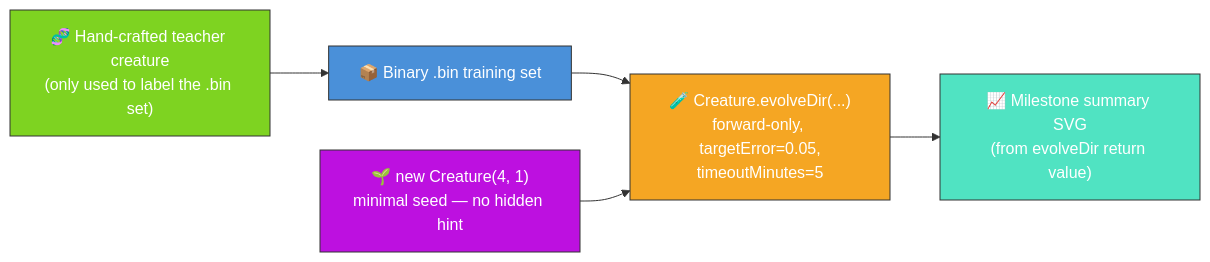
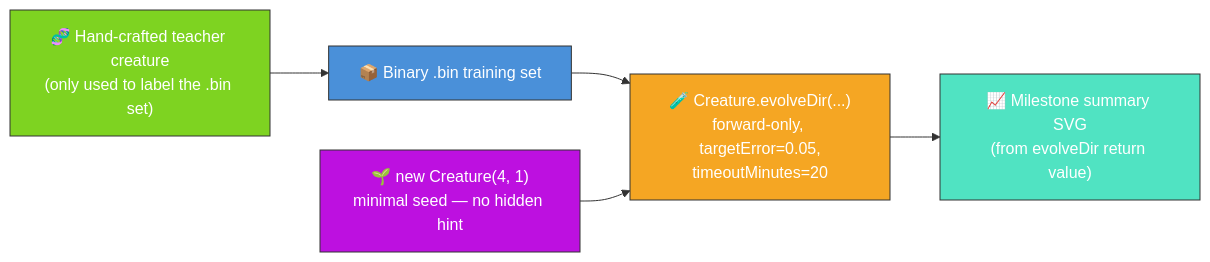
One commit to stSoftwareAU/NEAT-AI-Examples changed the diagram in evolution_showcase/README.md. Above: the diagram before and after it, drawn with Mermaid. The commit also changed other lines of this file and 5 other files, not shown here.

````diff
--- a/evolution_showcase/README.md
+++ b/evolution_showcase/README.md
@@ -15,17 +15,17 @@
 ```mermaid
 flowchart LR
     REF["🧬 Hand-crafted teacher creature<br/>(only used to label the .bin set)"]
     DATA["📦 Binary .bin training set"]
     SEED["🌱 new Creature(4, 1)<br/>minimal seed — no hidden hint"]
-    EVOLVE["🧪 Creature.evolveDir(...)<br/>forward-only, targetError=0.05,<br/>timeoutMinutes=5"]
+    EVOLVE["🧪 Creature.evolveDir(...)<br/>forward-only, targetError=0.05,<br/>timeoutMinutes=20"]
     SUMMARY["📈 Milestone summary SVG<br/>(from evolveDir return value)"]
     REF --> DATA
     DATA --> EVOLVE
     SEED --> EVOLVE
     EVOLVE --> SUMMARY
     style REF fill:#7ed321,stroke:#333,color:#fff
     style DATA fill:#4a90d9,stroke:#333,color:#fff
     style SEED fill:#bd10e0,stroke:#333,color:#fff
     style EVOLVE fill:#f5a623,stroke:#333,color:#fff
     style SUMMARY fill:#50e3c2,stroke:#333,color:#fff
 ```
````
